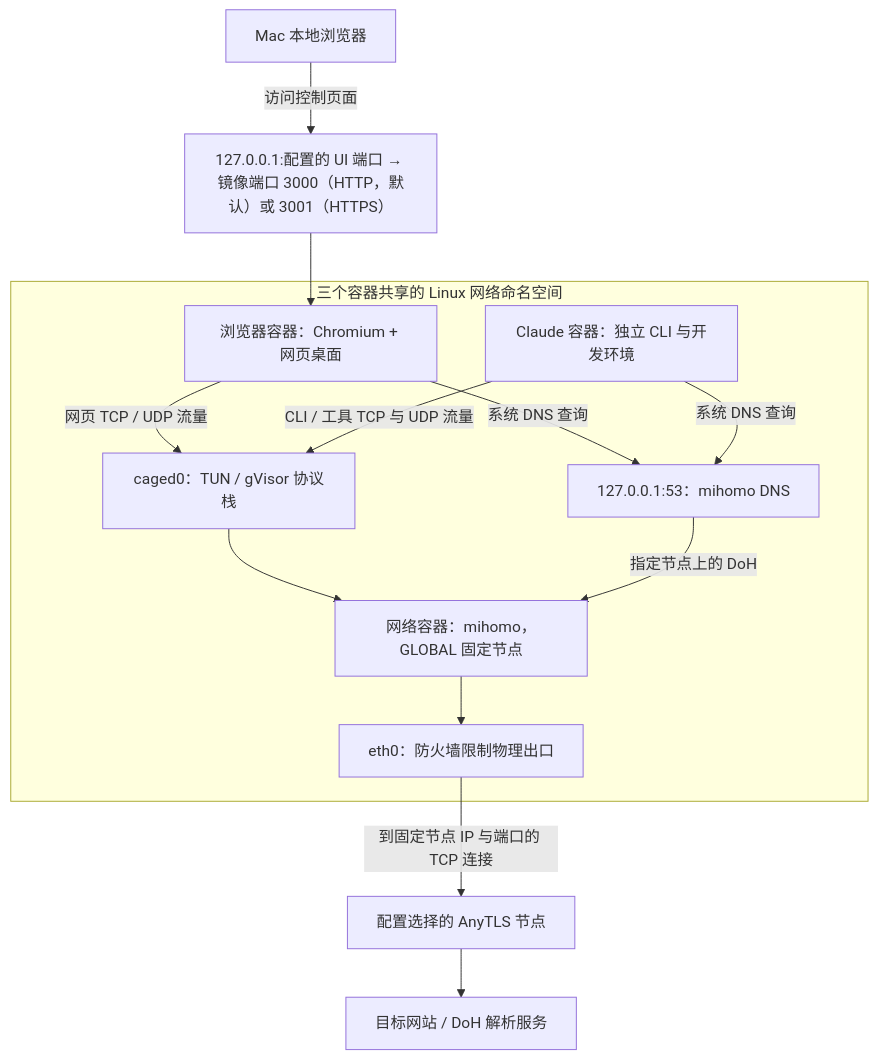
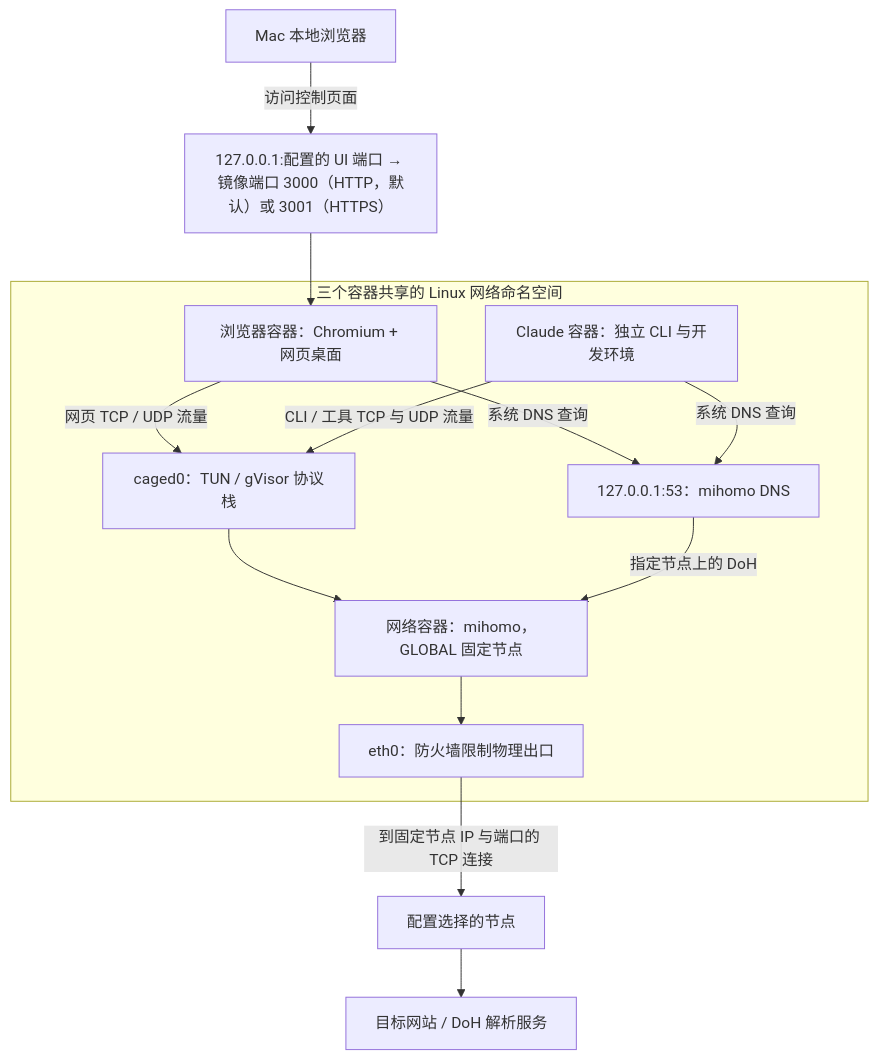
Before and after one commit to orangemi/caged-claude: the diagram in docs/implementation.md, drawn with Mermaid. The commit also changed other lines of this file and 11 other files, not shown here.

First line of the commit message:
feat(proxy): carry any TLS-over-TCP node, not only AnyTLS (#15)

````diff
--- a/docs/implementation.md
+++ b/docs/implementation.md
@@ -20,22 +20,22 @@
 ```mermaid
 flowchart TB
     Local["Mac 本地浏览器"] -->|"访问控制页面"| Port["127.0.0.1:配置的 UI 端口 → 镜像端口 3000（HTTP，默认）或 3001（HTTPS）"]
     subgraph NetNS["三个容器共享的 Linux 网络命名空间"]
         Chromium["浏览器容器：Chromium + 网页桌面"]
         Claude["Claude 容器：独立 CLI 与开发环境"]
         DNS["127.0.0.1:53：mihomo DNS"]
         TUN["caged0：TUN / gVisor 协议栈"]
         Core["网络容器：mihomo，GLOBAL 固定节点"]
         Eth["eth0：防火墙限制物理出口"]
         Chromium -->|"系统 DNS 查询"| DNS
         Claude -->|"系统 DNS 查询"| DNS
         Chromium -->|"网页 TCP / UDP 流量"| TUN
         Claude -->|"CLI / 工具 TCP 与 UDP 流量"| TUN
         TUN --> Core
         DNS -->|"指定节点上的 DoH"| Core
         Core --> Eth
     end
     Port --> Chromium
-    Eth -->|"到固定节点 IP 与端口的 TCP 连接"| Node["配置选择的 AnyTLS 节点"]
+    Eth -->|"到固定节点 IP 与端口的 TCP 连接"| Node["配置选择的节点"]
     Node --> Internet["目标网站 / DoH 解析服务"]
 ```
````
